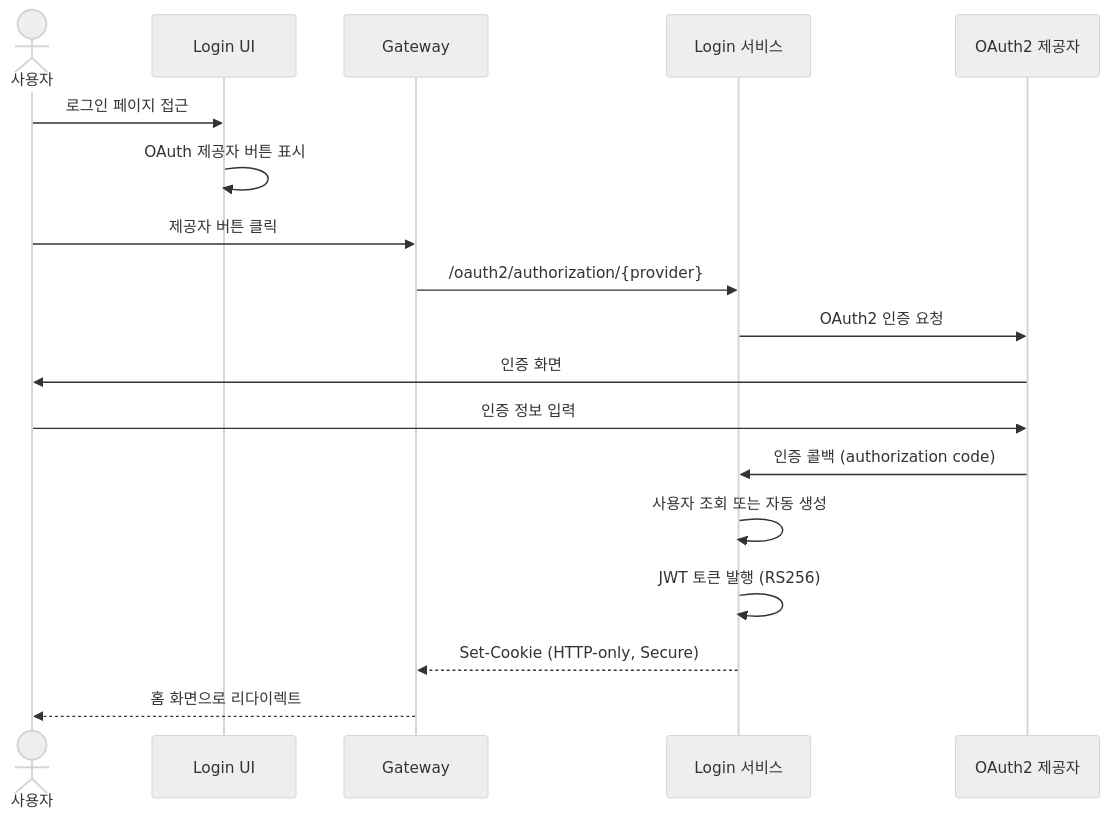
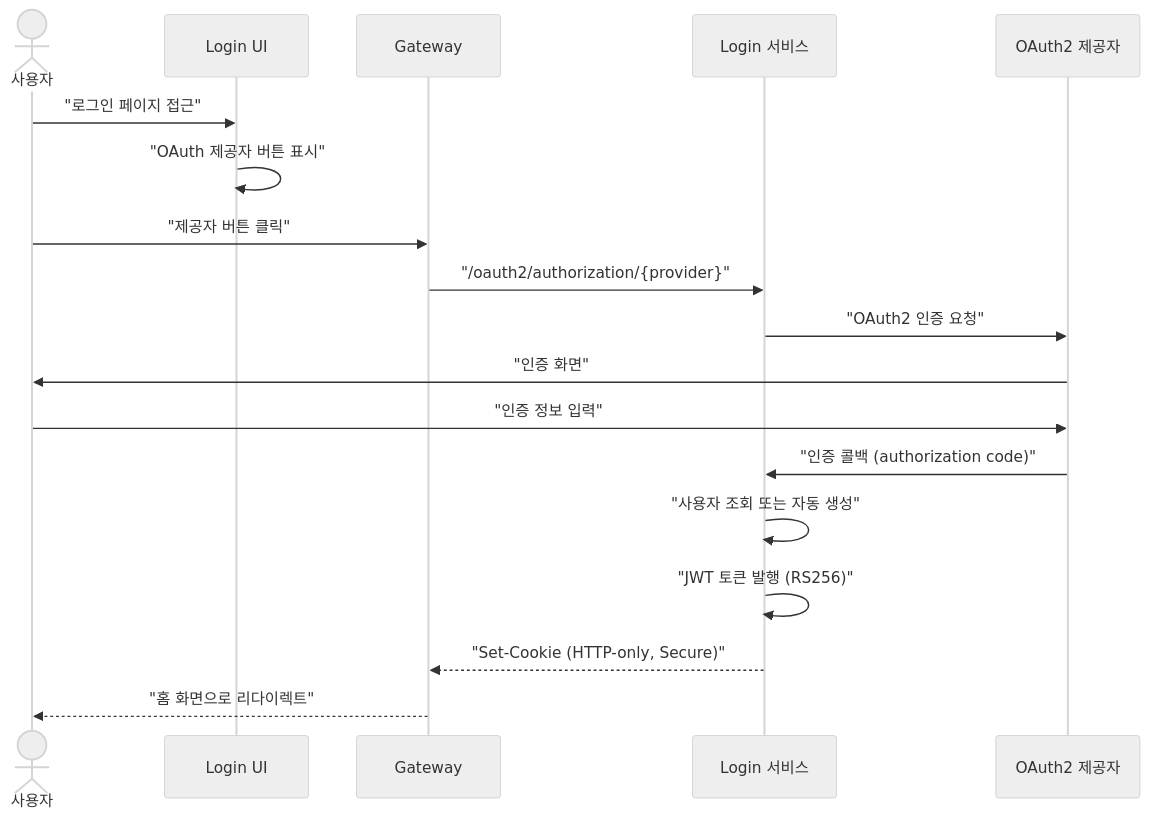
Before and after one commit to sayaya1090/handbook: the fourth of 25 diagrams in docs/usecases.md, drawn with Mermaid (neutral theme). The commit also changed other lines of this file and 22 other files, not shown here.

First line of the commit message:
docs: Mermaid 다이어그램 렌더링 오류 수정을 위한 구문 전수 교정

````diff
--- a/docs/usecases.md
+++ b/docs/usecases.md
@@ -317,21 +317,21 @@
 ```mermaid
 sequenceDiagram
     actor U as 사용자
     participant UI as Login UI
     participant GW as Gateway
     participant L as Login 서비스
     participant IdP as OAuth2 제공자
 
-    U->>UI: 로그인 페이지 접근
-    UI->>UI: OAuth 제공자 버튼 표시
-    U->>GW: 제공자 버튼 클릭
-    GW->>L: /oauth2/authorization/{provider}
-    L->>IdP: OAuth2 인증 요청
-    IdP->>U: 인증 화면
-    U->>IdP: 인증 정보 입력
-    IdP->>L: 인증 콜백 (authorization code)
-    L->>L: 사용자 조회 또는 자동 생성
-    L->>L: JWT 토큰 발행 (RS256)
-    L-->>GW: Set-Cookie (HTTP-only, Secure)
-    GW-->>U: 홈 화면으로 리다이렉트
+    U->>UI: "로그인 페이지 접근"
+    UI->>UI: "OAuth 제공자 버튼 표시"
+    U->>GW: "제공자 버튼 클릭"
+    GW->>L: "/oauth2/authorization/{provider}"
+    L->>IdP: "OAuth2 인증 요청"
+    IdP->>U: "인증 화면"
+    U->>IdP: "인증 정보 입력"
+    IdP->>L: "인증 콜백 (authorization code)"
+    L->>L: "사용자 조회 또는 자동 생성"
+    L->>L: "JWT 토큰 발행 (RS256)"
+    L-->>GW: "Set-Cookie (HTTP-only, Secure)"
+    GW-->>U: "홈 화면으로 리다이렉트"
 ```
````
